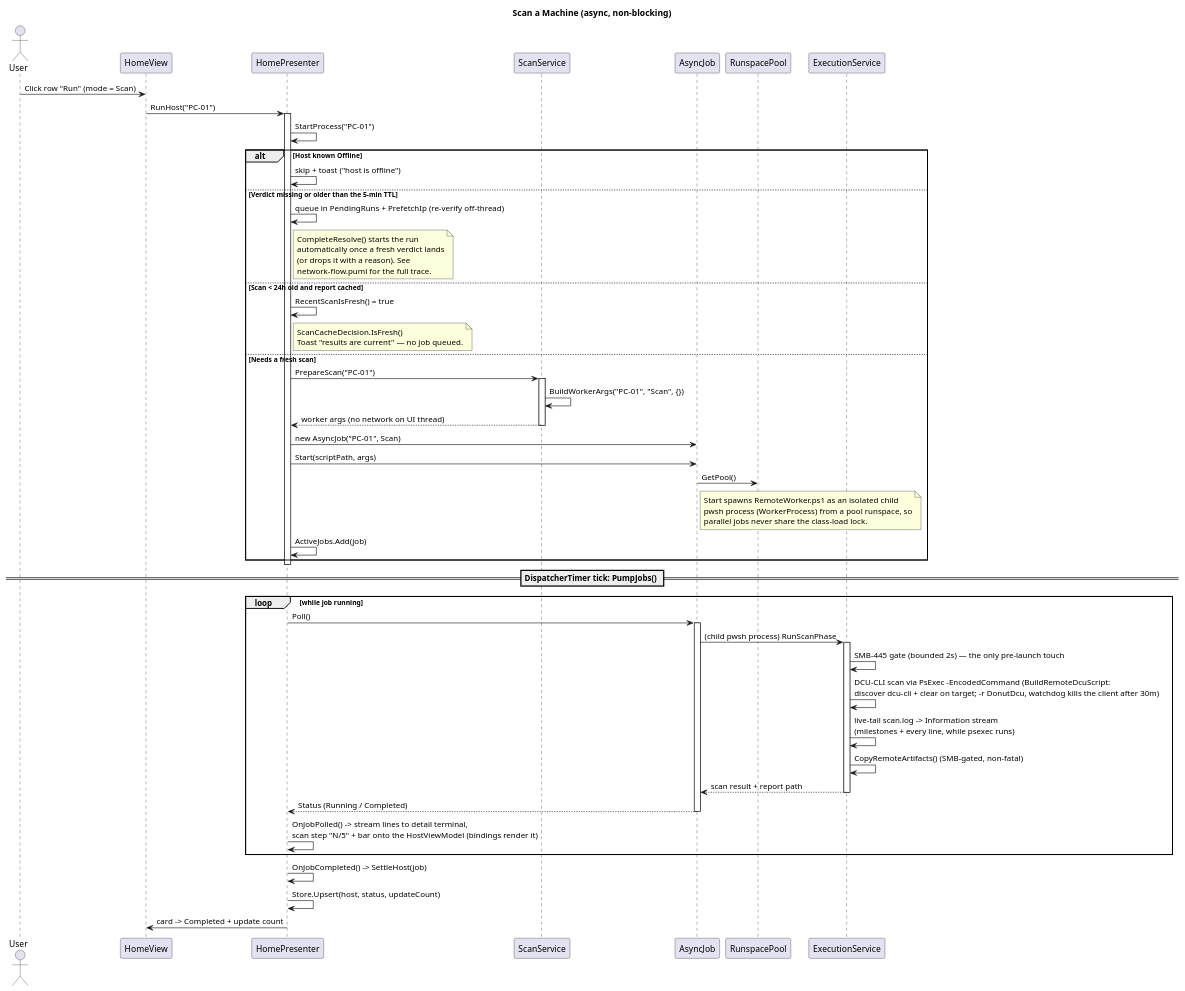
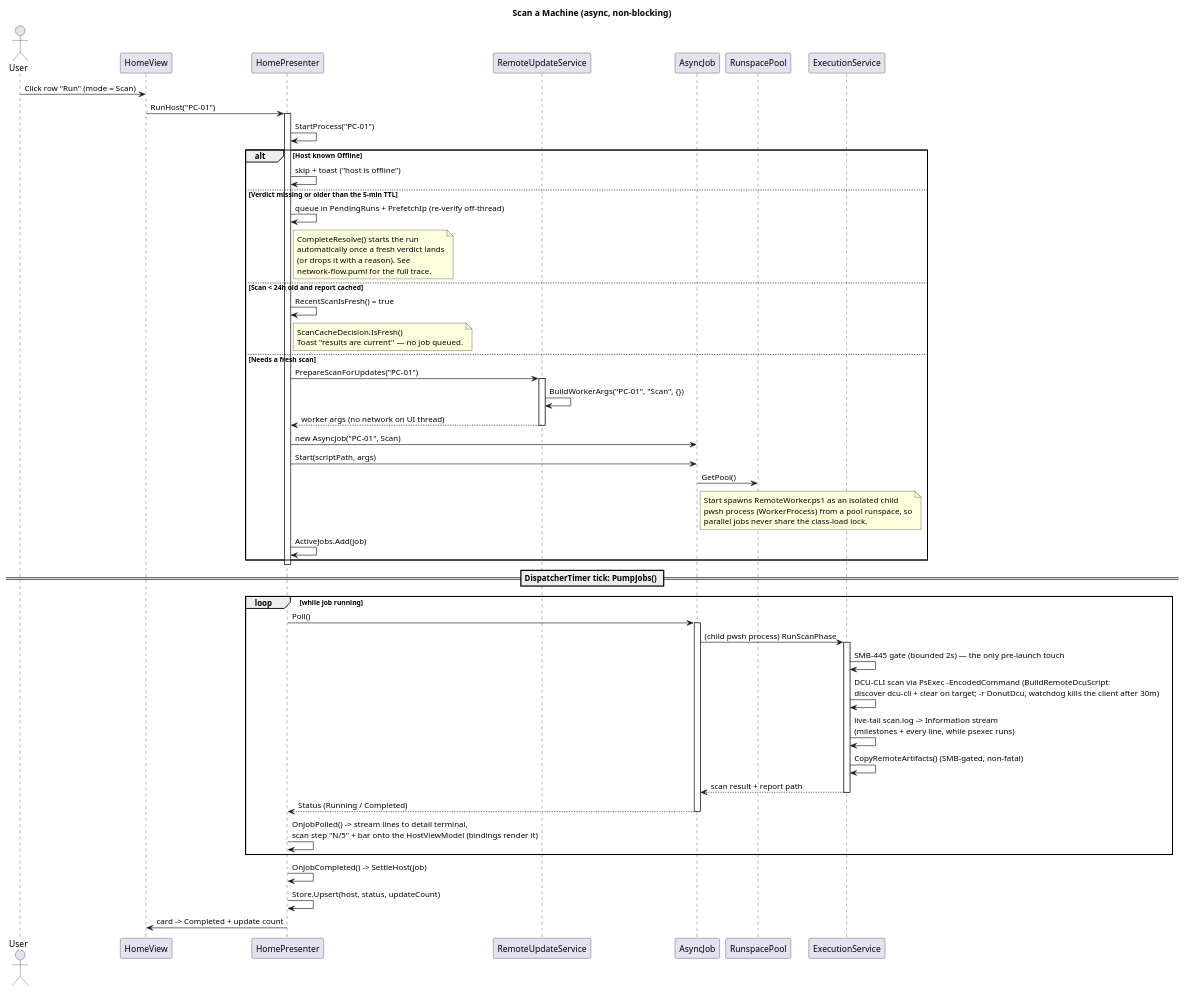
One commit to Danial-Changez/DONUT changed the diagram in docs/diagrams/scan_sequence_diagram.puml. Above: the diagram before and after it, drawn with PlantUML. The commit also changed 4 other files, not shown here.

First line of the commit message:
docs: diagrams drop the deleted classes

```diff
--- a/docs/diagrams/scan_sequence_diagram.puml
+++ b/docs/diagrams/scan_sequence_diagram.puml
@@ -1,61 +1,61 @@
 @startuml scan_sequence_diagram
 title Scan a Machine (async, non-blocking)
 
 actor User
 participant "HomeView" as View
 participant "HomePresenter" as Presenter
-participant "ScanService" as Scan
+participant "RemoteUpdateService" as Scan
 participant "AsyncJob" as Job
 participant "RunspacePool" as Pool
 participant "ExecutionService" as Exec
 
 User -> View: Click row "Run" (mode = Scan)
 View -> Presenter: RunHost("PC-01")
 activate Presenter
 Presenter -> Presenter: StartProcess("PC-01")
 
 alt Host known Offline
     Presenter -> Presenter: skip + toast ("host is offline")
 else Verdict missing or older than the 5-min TTL
     Presenter -> Presenter: queue in PendingRuns + PrefetchIp (re-verify off-thread)
     note right of Presenter: CompleteResolve() starts the run\nautomatically once a fresh verdict lands\n(or drops it with a reason). See\nnetwork-flow.puml for the full trace.
 else Scan < 24h old and report cached
     Presenter -> Presenter: RecentScanIsFresh() = true
     note right of Presenter: ScanCacheDecision.IsFresh()\nToast "results are current" — no job queued.
 else Needs a fresh scan
-    Presenter -> Scan: PrepareScan("PC-01")
+    Presenter -> Scan: PrepareScanForUpdates("PC-01")
     activate Scan
     Scan -> Scan: BuildWorkerArgs("PC-01", "Scan", {})
     Scan --> Presenter: worker args (no network on UI thread)
     deactivate Scan
 
     Presenter -> Job: new AsyncJob("PC-01", Scan)
     Presenter -> Job: Start(scriptPath, args)
     Job -> Pool: GetPool()
     note right of Job: Start spawns RemoteWorker.ps1 as an isolated child\npwsh process (WorkerProcess) from a pool runspace, so\nparallel jobs never share the class-load lock.
     Presenter -> Presenter: ActiveJobs.Add(job)
 end
 deactivate Presenter
 
 == DispatcherTimer tick: PumpJobs() ==
 
 loop while job running
     Presenter -> Job: Poll()
     activate Job
     Job -> Exec: (child pwsh process) RunScanPhase
     activate Exec
     Exec -> Exec: SMB-445 gate (bounded 2s) — the only pre-launch touch
     Exec -> Exec: DCU-CLI scan via PsExec -EncodedCommand (BuildRemoteDcuScript:\ndiscover dcu-cli + clear on target; -r DonutDcu, watchdog kills the client after 30m)
     Exec -> Exec: live-tail scan.log -> Information stream\n(milestones + every line, while psexec runs)
     Exec -> Exec: CopyRemoteArtifacts() (SMB-gated, non-fatal)
     Exec --> Job: scan result + report path
     deactivate Exec
     Job --> Presenter: Status (Running / Completed)
     deactivate Job
     Presenter -> Presenter: OnJobPolled() -> stream lines to detail terminal,\nscan step "N/5" + bar onto the HostViewModel (bindings render it)
 end
 
 Presenter -> Presenter: OnJobCompleted() -> SettleHost(job)
 Presenter -> Presenter: Store.Upsert(host, status, updateCount)
 Presenter -> View: card -> Completed + update count
 @enduml
```
